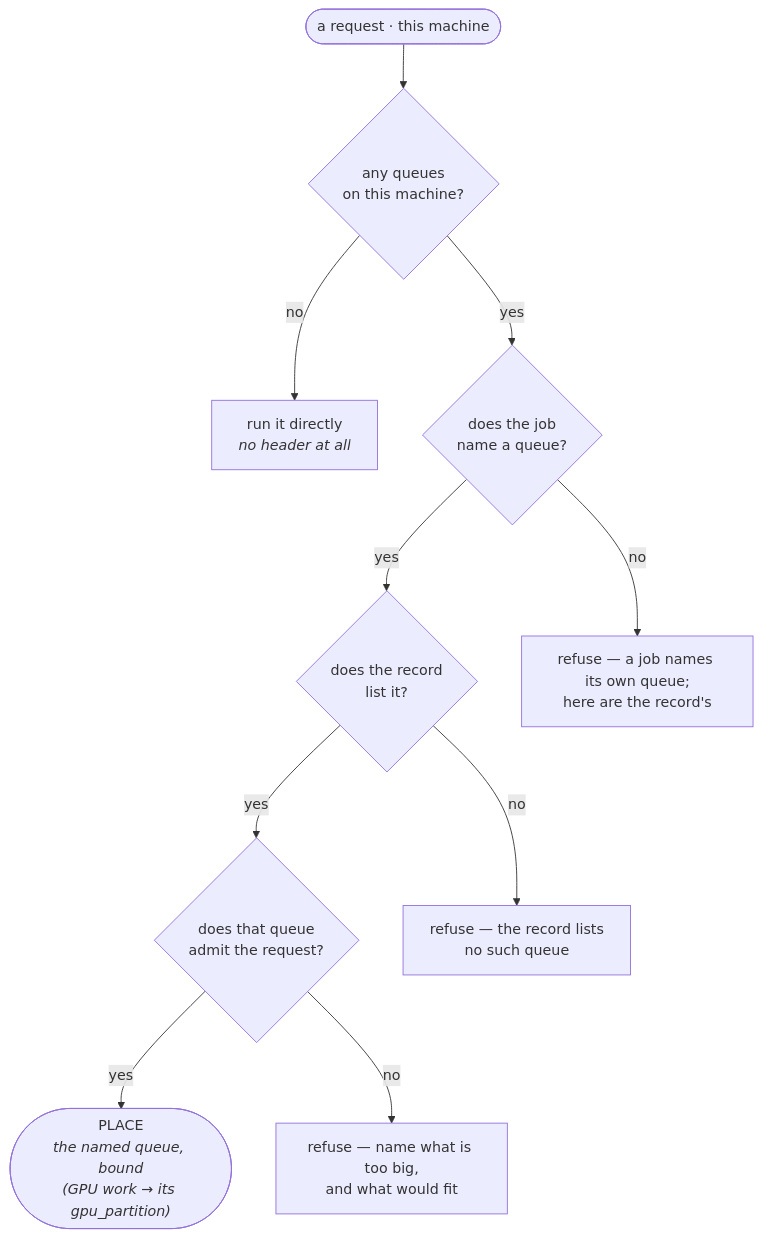
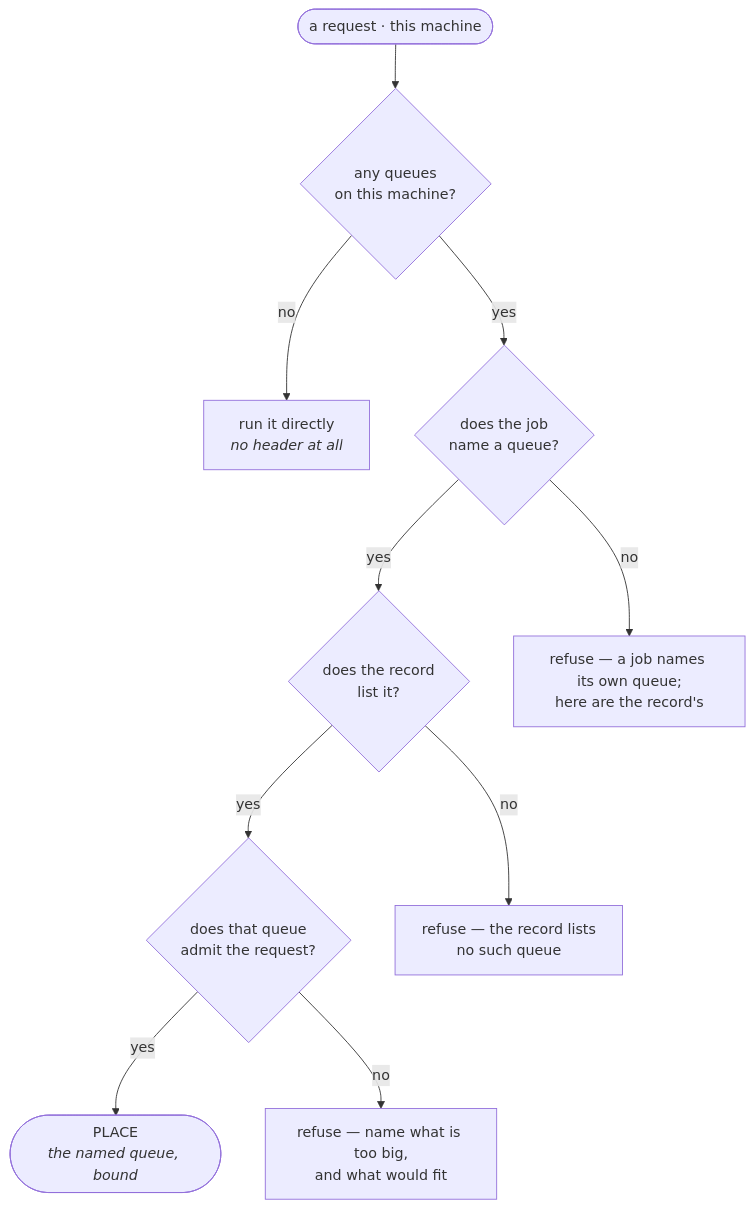
The first of 2 diagrams in docs/execution/scheduler.md (Qing-LAB/molbuilder), drawn with Mermaid before and after one commit. The commit also changed other lines of this file and 12 other files, not shown here.

````diff
--- a/docs/execution/scheduler.md
+++ b/docs/execution/scheduler.md
@@ -596,23 +597,23 @@
 ```mermaid
 flowchart TD
   START(["a request · this machine"])
   Q0{"any queues<br/>on this machine?"}
   DIRECT["run it directly<br/><i>no header at all</i>"]
   Q1{"does the job<br/>name a queue?"}
   QL{"does the record<br/>list it?"}
   Q2{"does that queue<br/>admit the request?"}
-  PLACE(["PLACE<br/><i>the named queue, bound<br/>(GPU work → its gpu_partition)</i>"])
+  PLACE(["PLACE<br/><i>the named queue, bound</i>"])
   RU["refuse — a job names its own queue;<br/>here are the record's"]
   RL["refuse — the record lists<br/>no such queue"]
   RN["refuse — name what is too big,<br/>and what would fit"]
 
   START --> Q0
   Q0 -- no --> DIRECT
   Q0 -- yes --> Q1
   Q1 -- no --> RU
   Q1 -- yes --> QL
   QL -- no --> RL
   QL -- yes --> Q2
   Q2 -- yes --> PLACE
   Q2 -- no --> RN
 ```
````
